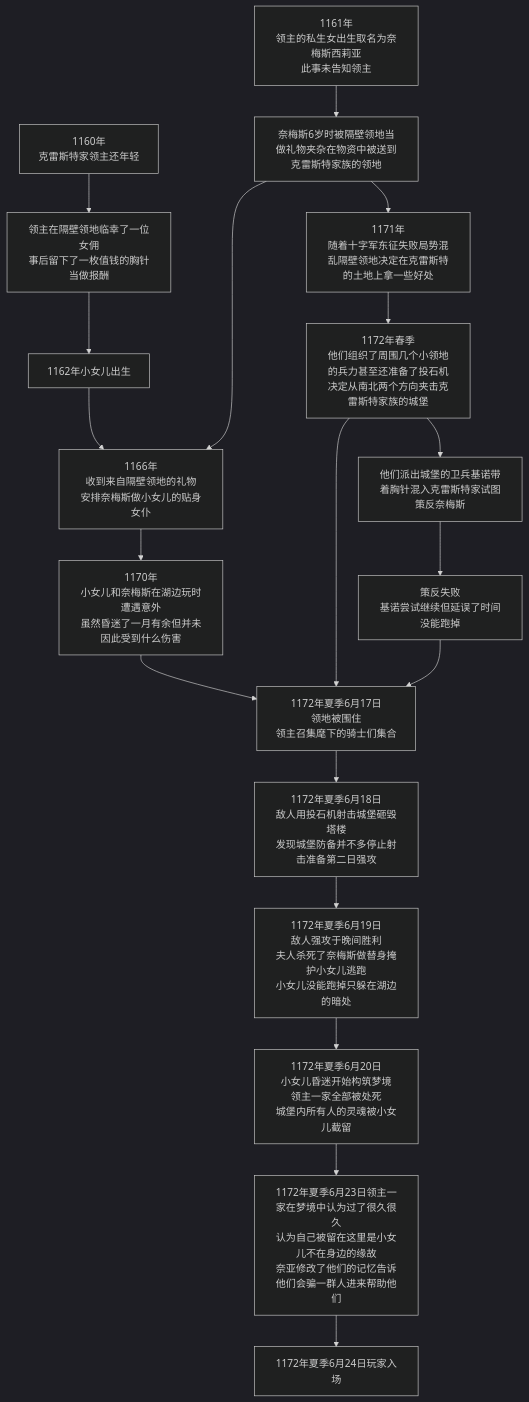
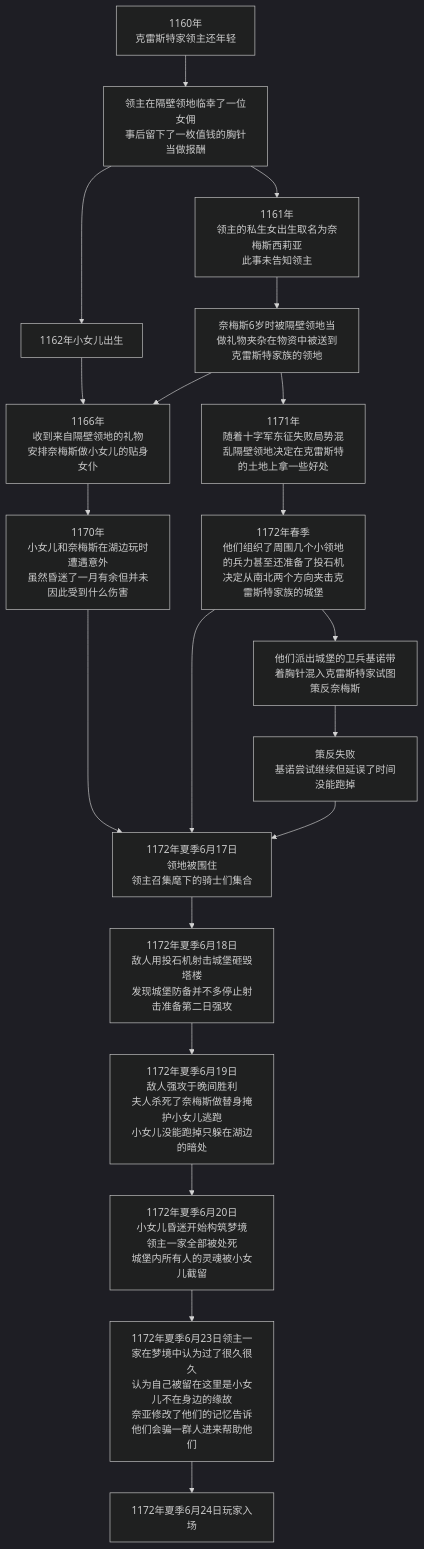
The first of 2 diagrams in ullswater/ullswater.md (SitaNya/coc), drawn with Mermaid (dark theme) before and after one commit. The commit also changed other lines of this file and 50 other files, not shown here.

````diff
--- a/ullswater/ullswater.md
+++ b/ullswater/ullswater.md
@@ -68,21 +85,22 @@
 ```mermaid
 graph TB
     start[1160年<br/>克雷斯特家领主还年轻] --> action1[领主在隔壁领地临幸了一位女佣<br/>事后留下了一枚值钱的胸针当做报酬]
     action1-->action50[1162年小女儿出生]
+    action1-->othorAction1
     action50 --> action2[1166年<br/>收到来自隔壁领地的礼物<br/>安排奈梅斯做小女儿的贴身女仆]
     othorAction1[1161年<br/>领主的私生女出生取名为奈梅斯西莉亚<br/>此事未告知领主] -->othorAction2
     othorAction2[奈梅斯6岁时被隔壁领地当做礼物夹杂在物资中被送到克雷斯特家族的领地]-->action2
     othorAction2-->othorAction3
     action2 --> action3[1170年<br/>小女儿和奈梅斯在湖边玩时遭遇意外<br/>虽然昏迷了一月有余但并未因此受到什么伤害]
     othorAction3[1171年<br/>随着十字军东征失败局势混乱隔壁领地决定在克雷斯特的土地上拿一些好处]-->othorAction4
     othorAction4[1172年春季<br/>他们组织了周围几个小领地的兵力甚至还准备了投石机<br/>决定从南北两个方向夹击克雷斯特家族的城堡]-->action4
     othorAction4-->othorAction5[他们派出城堡的卫兵基诺带着胸针混入克雷斯特家试图策反奈梅斯]
     othorAction5-->othorAction6[策反失败<br/>基诺尝试继续但延误了时间没能跑掉]
     othorAction6-->action4
     action3 --> action4[1172年夏季6月17日<br/>领地被围住<br/>领主召集麾下的骑士们集合]
         action4-->action5[1172年夏季6月18日<br/>敌人用投石机射击城堡砸毁塔楼<br/>发现城堡防备并不多停止射击准备第二日强攻]
         action5-->action6[1172年夏季6月19日<br/>敌人强攻于晚间胜利<br/>夫人杀死了奈梅斯做替身掩护小女儿逃跑<br/>小女儿没能跑掉只躲在湖边的暗处]
         action6-->action7[1172年夏季6月20日<br/>小女儿昏迷开始构筑梦境<br/>领主一家全部被处死<br/>城堡内所有人的灵魂被小女儿截留]
         action7-->action8[1172年夏季6月23日领主一家在梦境中认为过了很久很久<br/>认为自己被留在这里是小女儿不在身边的缘故<br/>奈亚修改了他们的记忆告诉他们会骗一群人进来帮助他们]
         action8-->stop[1172年夏季6月24日玩家入场] 
 ```
````
